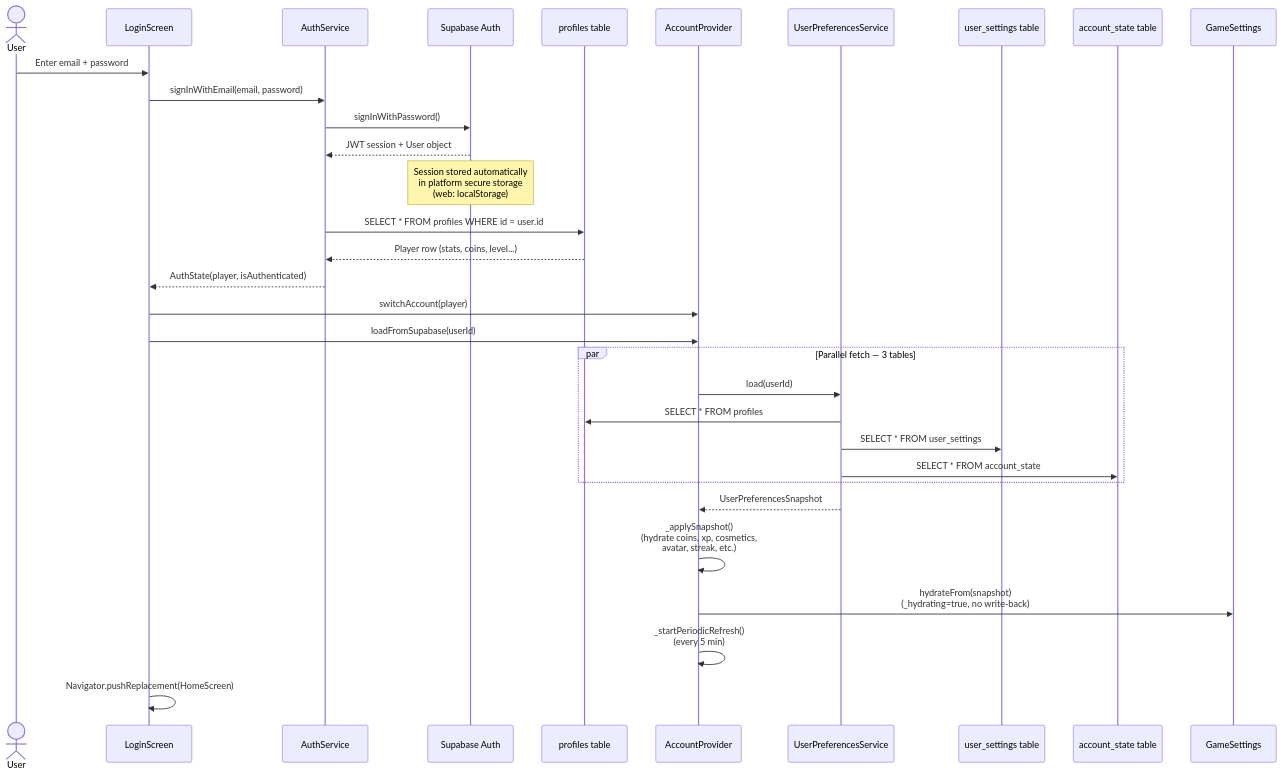
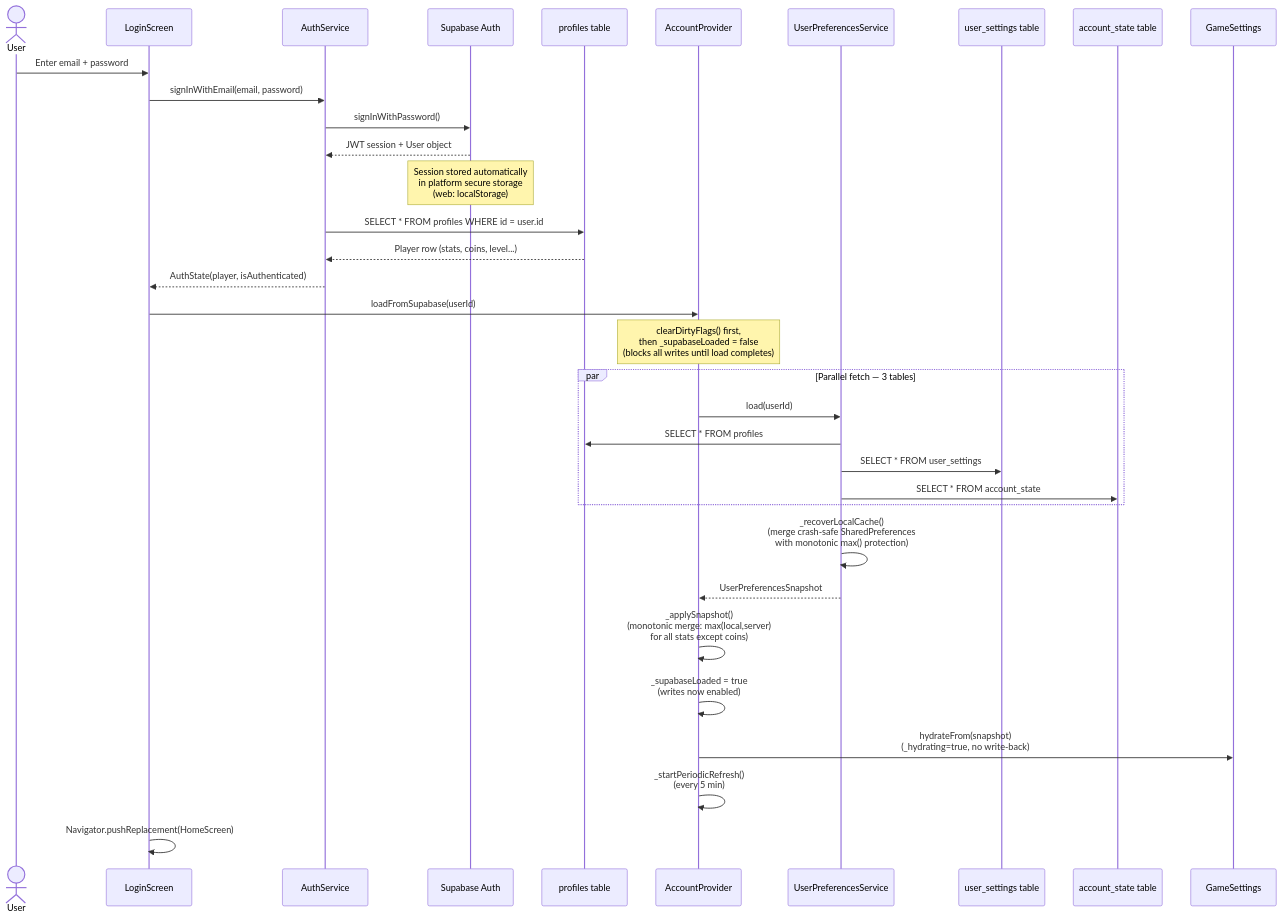
The fourth of 17 diagrams in ARCHITECTURE.md (JamieMBright/flit), drawn with Mermaid before and after one commit. The commit also changed other lines of this file, not shown here.

First line of the commit message:
docs: update ARCHITECTURE.md with 2026-02-25 persistence audit findings

````diff
--- a/ARCHITECTURE.md
+++ b/ARCHITECTURE.md
@@ -246,42 +246,45 @@
 ```mermaid
 sequenceDiagram
     actor User
     participant LoginScreen
     participant AuthService
     participant SupabaseAuth as Supabase Auth
     participant ProfilesDB as profiles table
     participant AccountProvider
     participant UserPrefsService as UserPreferencesService
     participant SettingsDB as user_settings table
     participant AccountDB as account_state table
     participant GameSettings
 
     User->>LoginScreen: Enter email + password
     LoginScreen->>AuthService: signInWithEmail(email, password)
     AuthService->>SupabaseAuth: signInWithPassword()
     SupabaseAuth-->>AuthService: JWT session + User object
 
     Note over SupabaseAuth: Session stored automatically<br/>in platform secure storage<br/>(web: localStorage)
 
     AuthService->>ProfilesDB: SELECT * FROM profiles WHERE id = user.id
     ProfilesDB-->>AuthService: Player row (stats, coins, level...)
     AuthService-->>LoginScreen: AuthState(player, isAuthenticated)
 
-    LoginScreen->>AccountProvider: switchAccount(player)
     LoginScreen->>AccountProvider: loadFromSupabase(userId)
+
+    Note over AccountProvider: clearDirtyFlags() first,<br/>then _supabaseLoaded = false<br/>(blocks all writes until load completes)
 
     par Parallel fetch — 3 tables
         AccountProvider->>UserPrefsService: load(userId)
         UserPrefsService->>ProfilesDB: SELECT * FROM profiles
         UserPrefsService->>SettingsDB: SELECT * FROM user_settings
         UserPrefsService->>AccountDB: SELECT * FROM account_state
     end
 
+    UserPrefsService->>UserPrefsService: _recoverLocalCache()<br/>(merge crash-safe SharedPreferences<br/>with monotonic max() protection)
     UserPrefsService-->>AccountProvider: UserPreferencesSnapshot
 
-    AccountProvider->>AccountProvider: _applySnapshot()<br/>(hydrate coins, xp, cosmetics,<br/>avatar, streak, etc.)
+    AccountProvider->>AccountProvider: _applySnapshot()<br/>(monotonic merge: max(local,server)<br/>for all stats except coins)
+    AccountProvider->>AccountProvider: _supabaseLoaded = true<br/>(writes now enabled)
     AccountProvider->>GameSettings: hydrateFrom(snapshot)<br/>(_hydrating=true, no write-back)
     AccountProvider->>AccountProvider: _startPeriodicRefresh()<br/>(every 5 min)
 
     LoginScreen->>LoginScreen: Navigator.pushReplacement(HomeScreen)
 ```
````
